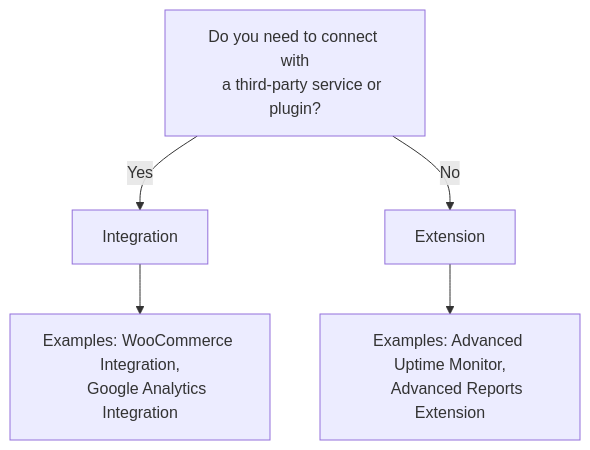
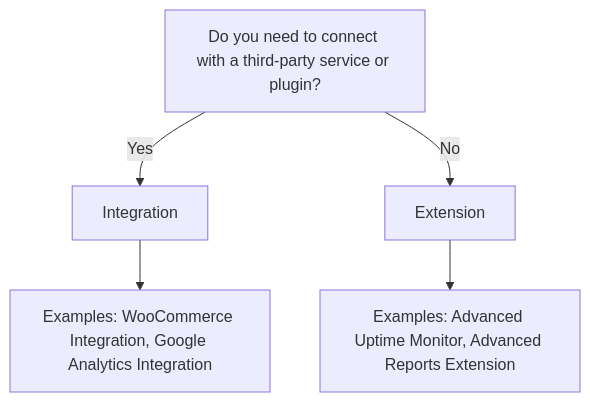
One commit to mainwp/mainwp.dev changed the diagram in guides/index.md. Above: the diagram before and after it, drawn with Mermaid. The commit also changed 1 other file, not shown here.

Commit message:
Simplify Mermaid implementation with standard approach

```diff
--- a/guides/index.md
+++ b/guides/index.md
@@ -48,10 +48,7 @@
-<pre class="mermaid">
+<div class="mermaid">
 flowchart TD
-    A[Do you need to connect with
-    a third-party service or plugin?] -->|Yes| B[Integration]
+    A[Do you need to connect with a third-party service or plugin?] -->|Yes| B[Integration]
     A -->|No| C[Extension]
-    B --> D[Examples: WooCommerce Integration,
-    Google Analytics Integration]
-    C --> E[Examples: Advanced Uptime Monitor,
-    Advanced Reports Extension]
-</pre>
+    B --> D[Examples: WooCommerce Integration, Google Analytics Integration]
+    C --> E[Examples: Advanced Uptime Monitor, Advanced Reports Extension]
+</div>
```
